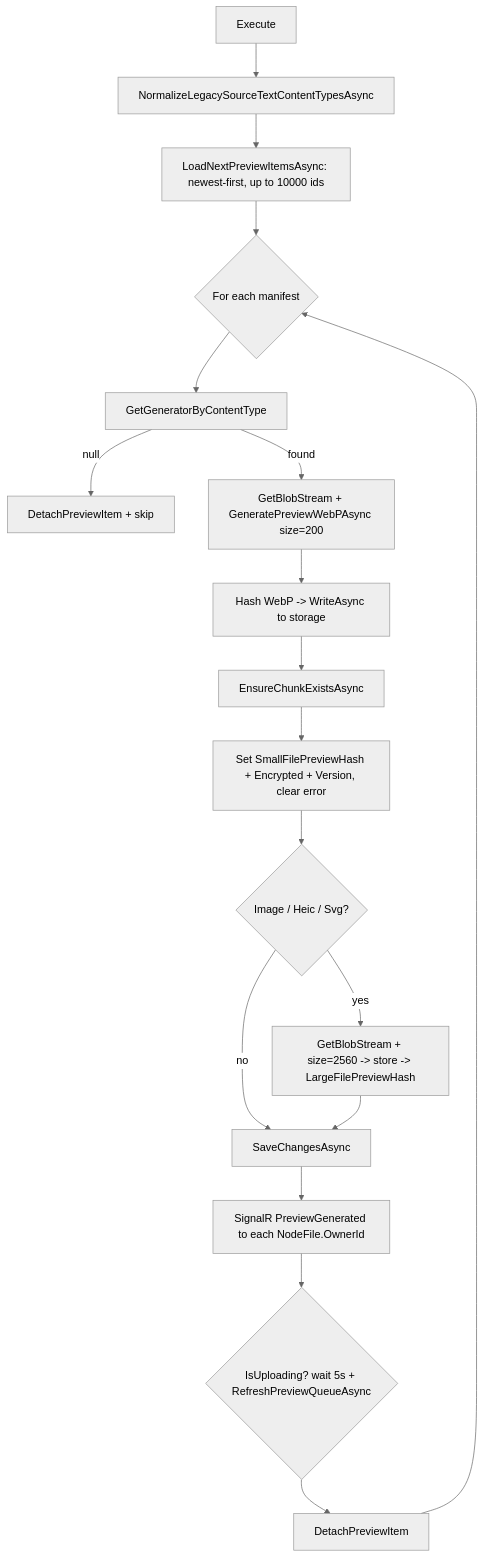
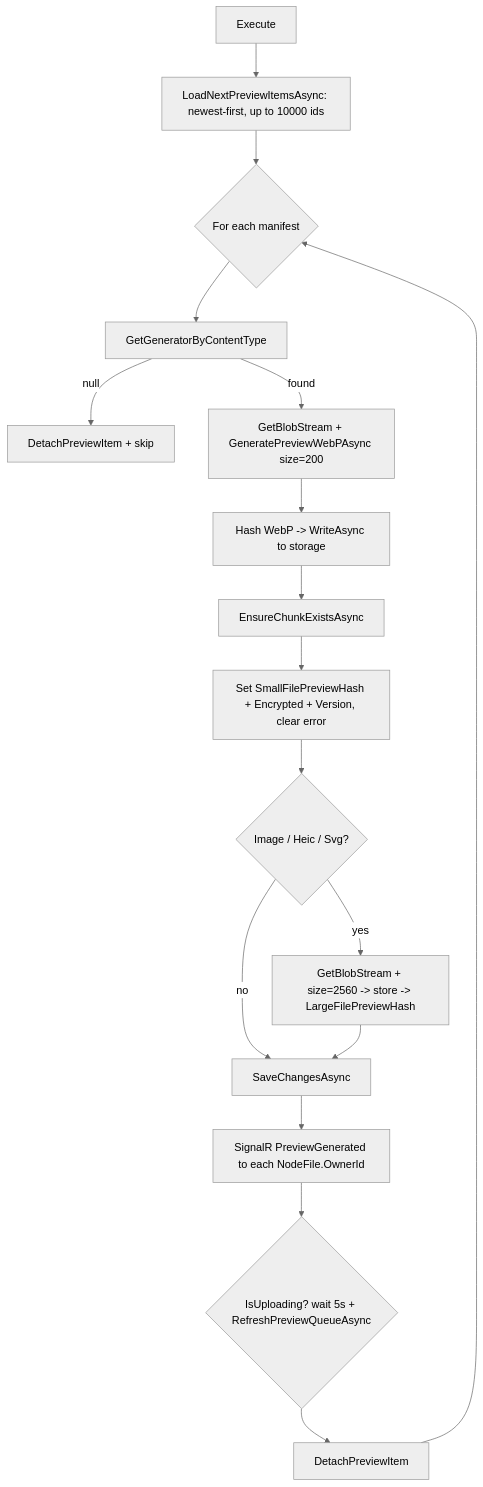
Before and after one commit to bvdcode/cotton: the first of 4 diagrams in docs/technical/18-previews-media.md, drawn with Mermaid (neutral theme). The commit also changed other lines of this file and 14 other files, not shown here.

````diff
--- a/docs/technical/18-previews-media.md
+++ b/docs/technical/18-previews-media.md
@@ -93,20 +93,19 @@
 ```mermaid
 flowchart TD
-  A[Execute] --> B[NormalizeLegacySourceTextContentTypesAsync]
-  B --> C[LoadNextPreviewItemsAsync: newest-first, up to 10000 ids]
+  A[Execute] --> C[LoadNextPreviewItemsAsync: newest-first, up to 10000 ids]
   C --> D{For each manifest}
   D --> E[GetGeneratorByContentType]
   E -->|null| F[DetachPreviewItem + skip]
   E -->|found| G[GetBlobStream + GeneratePreviewWebPAsync size=200]
   G --> H[Hash WebP -> WriteAsync to storage]
   H --> I[EnsureChunkExistsAsync]
   I --> J[Set SmallFilePreviewHash + Encrypted + Version, clear error]
   J --> K{Image / Heic / Svg?}
   K -->|yes| L[GetBlobStream + size=2560 -> store -> LargeFilePreviewHash]
   K -->|no| M[SaveChangesAsync]
   L --> M
   M --> N[SignalR PreviewGenerated to each NodeFile.OwnerId]
   N --> O{IsUploading? wait 5s + RefreshPreviewQueueAsync}
   O --> P[DetachPreviewItem]
   P --> D
 ```
````
